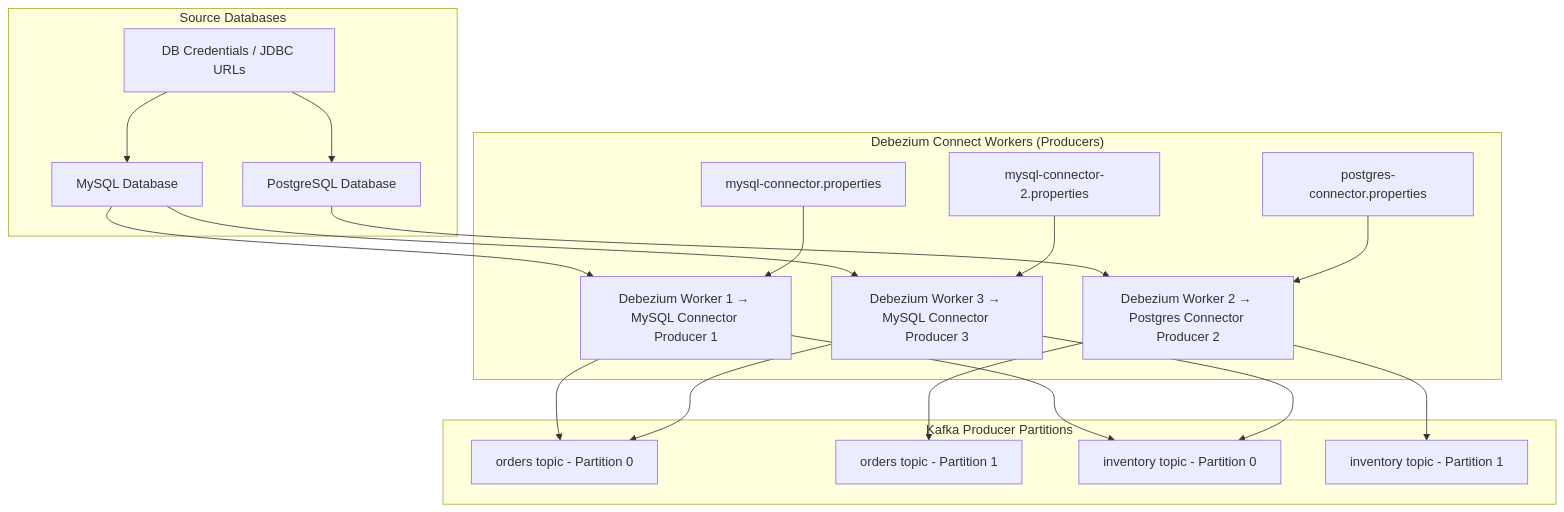
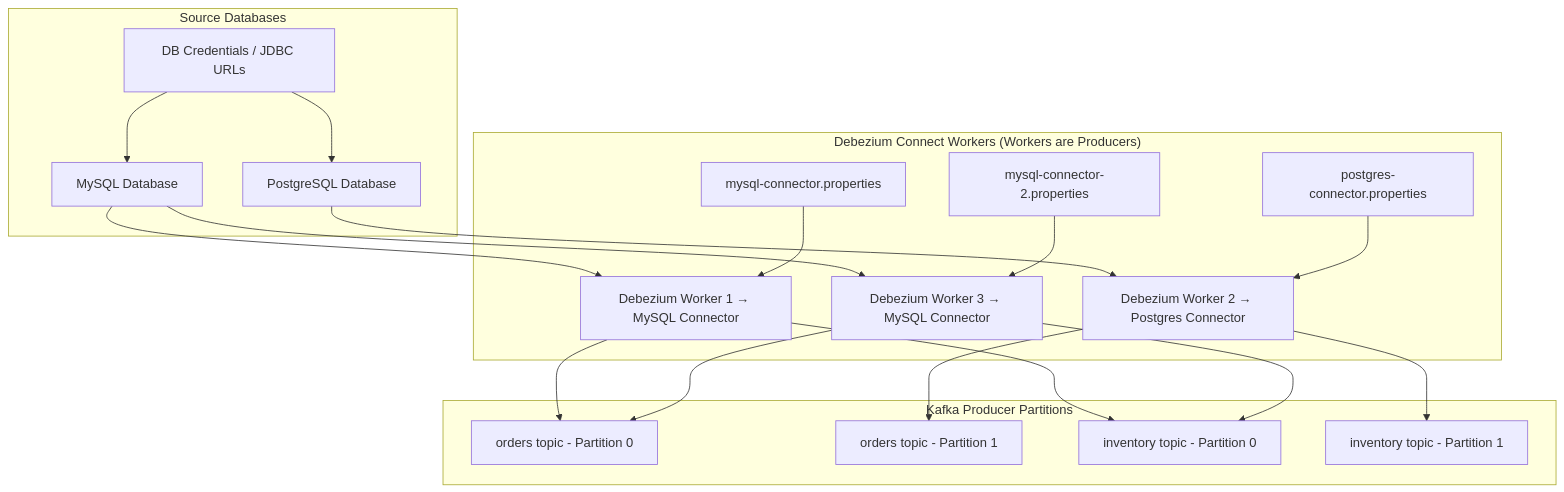
One commit to Mallick17/AWS-Analytics changed the first of 6 diagrams in README.md. Above: the diagram before and after it, drawn with Mermaid.

````diff
--- a/README.md
+++ b/README.md
@@ -443,61 +443,61 @@
 ```mermaid
 flowchart TD
 
 %% ============================
 %% SOURCE DATABASES
 %% ============================
 subgraph SourceDB["Source Databases"]
     MySQLDB[MySQL Database]
     PostgresDB[PostgreSQL Database]
     DBConfig["DB Credentials / JDBC URLs"]
 end
 
 %% ============================
 %% DEBEZIUM CONNECT WORKERS
 %% ============================
-subgraph DebeziumWorkers["Debezium Connect Workers (Producers)"]
-    DW1[Debezium Worker 1 → MySQL Connector Producer 1]
-    DW2[Debezium Worker 2 → Postgres Connector Producer 2]
-    DW3[Debezium Worker 3 → MySQL Connector Producer 3]
+subgraph DebeziumWorkers["Debezium Connect Workers (Workers are Producers)"]
+    DW1[Debezium Worker 1 → MySQL Connector]
+    DW2[Debezium Worker 2 → Postgres Connector]
+    DW3[Debezium Worker 3 → MySQL Connector]
 
     DW1Config["mysql-connector.properties"]
     DW2Config["postgres-connector.properties"]
     DW3Config["mysql-connector-2.properties"]
 end
 
 %% ============================
 %% KAFKA PRODUCER PARTITIONS
 %% ============================
 subgraph KafkaProducers["Kafka Producer Partitions"]
     OrdersP0["orders topic - Partition 0"]
     OrdersP1["orders topic - Partition 1"]
     InventoryP0["inventory topic - Partition 0"]
     InventoryP1["inventory topic - Partition 1"]
 end
 
 %% ============================
 %% CONNECTIONS
 %% ============================
 
 %% Database -> Connectors (inside workers)
 MySQLDB --> DW1
 PostgresDB --> DW2
 MySQLDB --> DW3
 DBConfig --> MySQLDB
 DBConfig --> PostgresDB
 
 %% Worker config files
 DW1Config --> DW1
 DW2Config --> DW2
 DW3Config --> DW3
 
 %% Workers -> Kafka Producer Partitions
 DW1 --> OrdersP0
 DW1 --> InventoryP0
 
 DW2 --> OrdersP1
 DW2 --> InventoryP1
 
 DW3 --> OrdersP0
 DW3 --> InventoryP0
 ```
````
